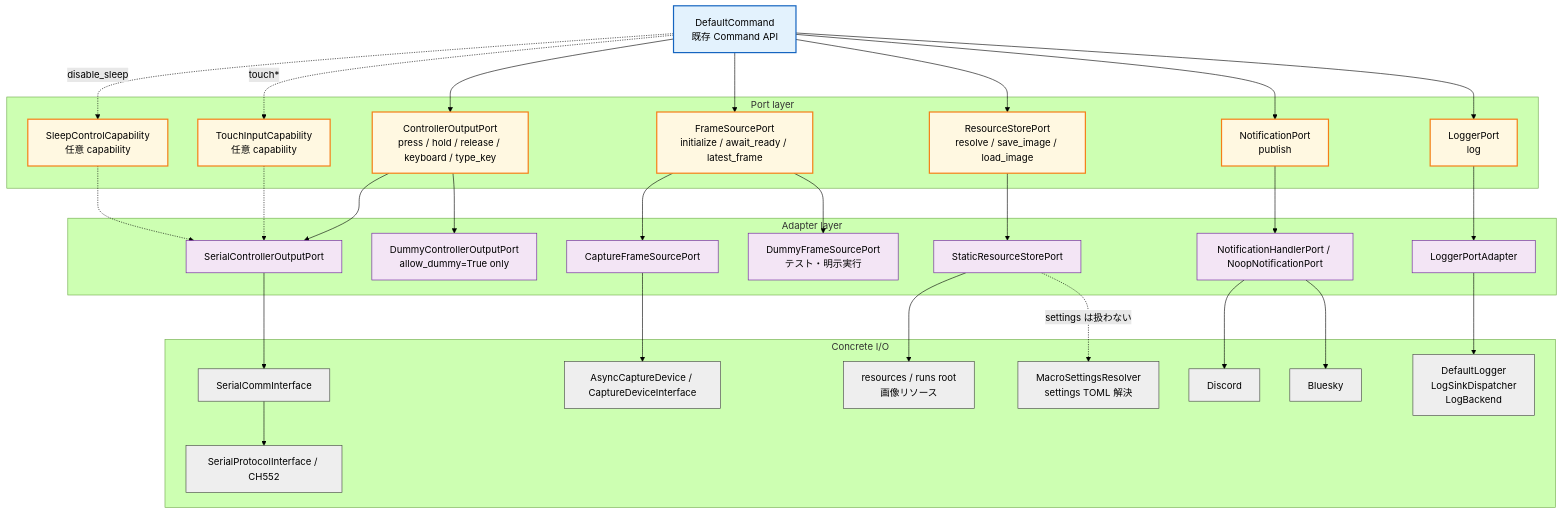
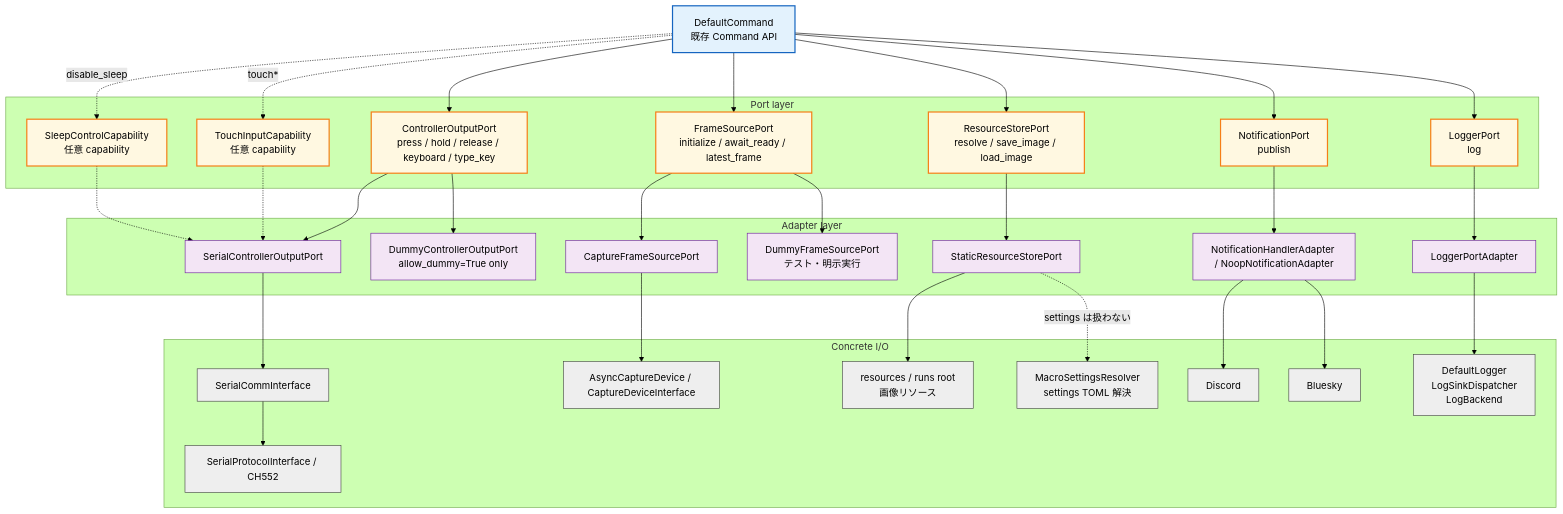
One commit to niart120/Project_NyX changed the third of 5 diagrams in spec/framework/rearchitecture/ARCHITECTURE_DIAGRAMS.md. Above: the diagram before and after it, drawn with Mermaid (forest theme). The commit also changed other lines of this file and 13 other files, not shown here.

````diff
--- a/spec/framework/rearchitecture/ARCHITECTURE_DIAGRAMS.md
+++ b/spec/framework/rearchitecture/ARCHITECTURE_DIAGRAMS.md
@@ -266,65 +266,65 @@
 ```mermaid
 flowchart TB
     DefaultCommandImpl["DefaultCommand<br/>既存 Command API"]
 
     subgraph PortLayer["Port layer"]
         Controller["ControllerOutputPort<br/>press / hold / release / keyboard / type_key"]
         Capture["FrameSourcePort<br/>initialize / await_ready / latest_frame"]
         Resource["ResourceStorePort<br/>resolve / save_image / load_image"]
         Notify["NotificationPort<br/>publish"]
         Logger["LoggerPort<br/>log"]
         Touch["TouchInputCapability<br/>任意 capability"]
         Sleep["SleepControlCapability<br/>任意 capability"]
     end
 
     subgraph AdapterLayer["Adapter layer"]
         SerialPort["SerialControllerOutputPort"]
         DummyController["DummyControllerOutputPort<br/>allow_dummy=True only"]
         CapturePort["CaptureFrameSourcePort"]
         DummyFrame["DummyFrameSourcePort<br/>テスト・明示実行"]
         StaticStore["StaticResourceStorePort"]
-        NotificationHandlerPort["NotificationHandlerPort / NoopNotificationPort"]
+        NotificationHandlerAdapter["NotificationHandlerAdapter / NoopNotificationAdapter"]
         LoggerPortAdapter["LoggerPortAdapter"]
     end
 
     subgraph ConcreteIO["Concrete I/O"]
         SerialComm["SerialCommInterface"]
         Protocol["SerialProtocolInterface / CH552"]
         CaptureDevice["AsyncCaptureDevice / CaptureDeviceInterface"]
         StaticRoot["resources / runs root<br/>画像リソース"]
         SettingsResolver["MacroSettingsResolver<br/>settings TOML 解決"]
         Discord["Discord"]
         Bluesky["Bluesky"]
         LoggerComponents["DefaultLogger<br/>LogSinkDispatcher<br/>LogBackend"]
     end
 
     DefaultCommandImpl --> Controller
     DefaultCommandImpl --> Capture
     DefaultCommandImpl --> Resource
     DefaultCommandImpl --> Notify
     DefaultCommandImpl --> Logger
     DefaultCommandImpl -. "touch*" .-> Touch
     DefaultCommandImpl -. "disable_sleep" .-> Sleep
 
     Controller --> SerialPort --> SerialComm --> Protocol
     Controller --> DummyController
     Touch -.-> SerialPort
     Sleep -.-> SerialPort
     Capture --> CapturePort --> CaptureDevice
     Capture --> DummyFrame
     Resource --> StaticStore --> StaticRoot
     StaticStore -. "settings は扱わない" .-> SettingsResolver
-    Notify --> NotificationHandlerPort --> Discord
-    NotificationHandlerPort --> Bluesky
+    Notify --> NotificationHandlerAdapter --> Discord
+    NotificationHandlerAdapter --> Bluesky
     Logger --> LoggerPortAdapter --> LoggerComponents
 
     classDef port fill:#fff8e1,stroke:#f57f17,stroke-width:2px;
     classDef adapter fill:#f3e5f5,stroke:#6a1b9a,stroke-width:1px;
     classDef io fill:#eeeeee,stroke:#424242,stroke-width:1px;
     classDef commandimpl fill:#e3f2fd,stroke:#1565c0,stroke-width:2px;
 
     class DefaultCommandImpl commandimpl;
     class Controller,Capture,Resource,Notify,Logger,Touch,Sleep port;
-    class SerialPort,DummyController,CapturePort,DummyFrame,StaticStore,NotificationHandlerPort,LoggerPortAdapter adapter;
+    class SerialPort,DummyController,CapturePort,DummyFrame,StaticStore,NotificationHandlerAdapter,LoggerPortAdapter adapter;
     class SerialComm,Protocol,CaptureDevice,StaticRoot,SettingsResolver,Discord,Bluesky,LoggerComponents io;
 ```
````
